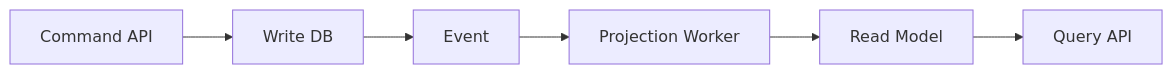
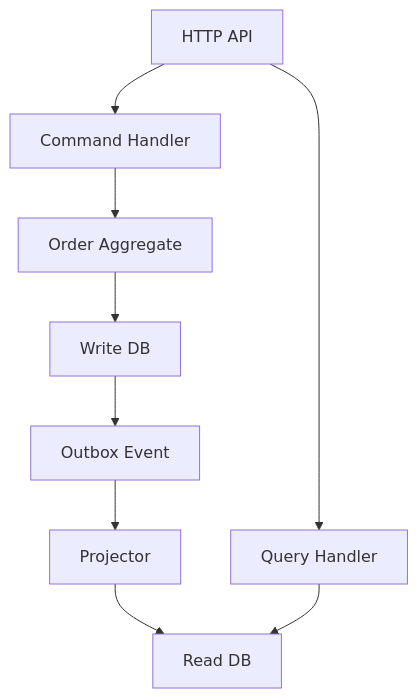
One commit to thisis-joe/thisis-joe.github.io changed the diagram in content/System Design/13. Read Write 분리 CQRS/02. CQRS 기본과 적용 기준 상세.md. Above: the diagram before and after it, drawn with Mermaid. The commit also changed other lines of this file and 595 other files, not shown here.

````diff
--- a/content/System Design/13. Read Write 분리 CQRS/02. CQRS 기본과 적용 기준 상세.md
+++ b/content/System Design/13. Read Write 분리 CQRS/02. CQRS 기본과 적용 기준 상세.md
@@ -42,8 +77,11 @@
 ```mermaid
-flowchart LR
-    A["Command API"] --> B["Write DB"]
-    B["Write DB"] --> C["Event"]
-    C["Event"] --> D["Projection Worker"]
-    D["Projection Worker"] --> E["Read Model"]
-    E["Read Model"] --> F["Query API"]
+flowchart TB
+    API["HTTP API"] --> Command["Command Handler"]
+    API --> Query["Query Handler"]
+    Command --> Domain["Order Aggregate"]
+    Domain --> WriteDB["Write DB"]
+    WriteDB --> Outbox["Outbox Event"]
+    Outbox --> Projector["Projector"]
+    Projector --> ReadDB["Read DB"]
+    Query --> ReadDB
 ```
````
